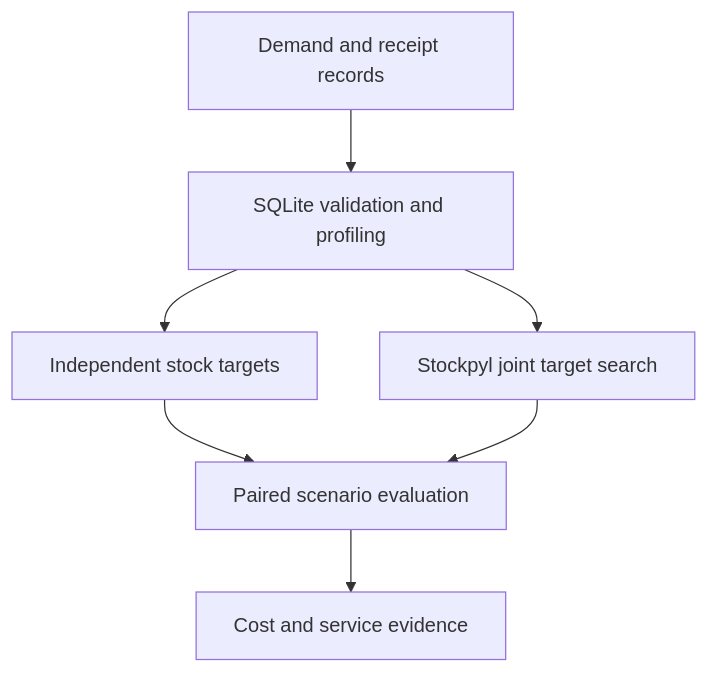
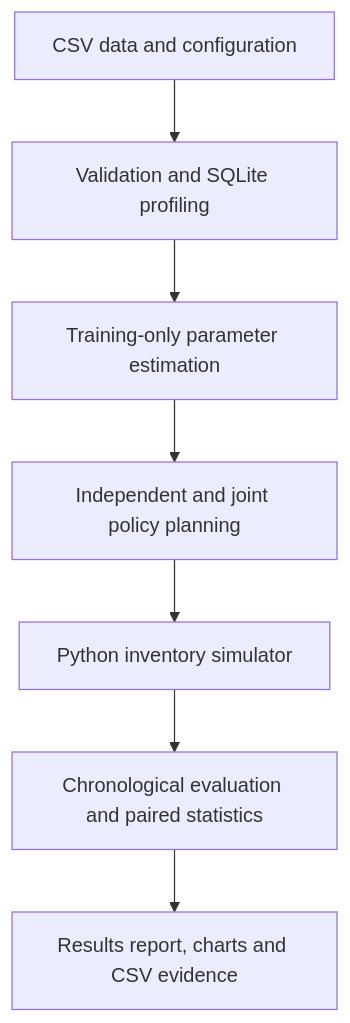
Before and after one commit to buckminster07/multi-echelon-inventory-optimization: the diagram in README.md, drawn with Mermaid. The commit also changed other lines of this file and 58 other files, not shown here.

````diff
--- a/README.md
+++ b/README.md
@@ -87,9 +88,9 @@
 ```mermaid
 flowchart TD
-    A[Demand and receipt records] --> B[SQLite validation and profiling]
-    B --> C[Independent stock targets]
-    B --> D[Stockpyl joint target search]
-    C --> E[Paired scenario evaluation]
-    D --> E
-    E --> F[Cost and service evidence]
+    A[CSV data and configuration] --> B[Validation and SQLite profiling]
+    B --> C[Training-only parameter estimation]
+    C --> D[Independent and joint policy planning]
+    D --> E[Python inventory simulator]
+    E --> F[Chronological evaluation and paired statistics]
+    F --> G[Results report, charts and CSV evidence]
 ```
````
